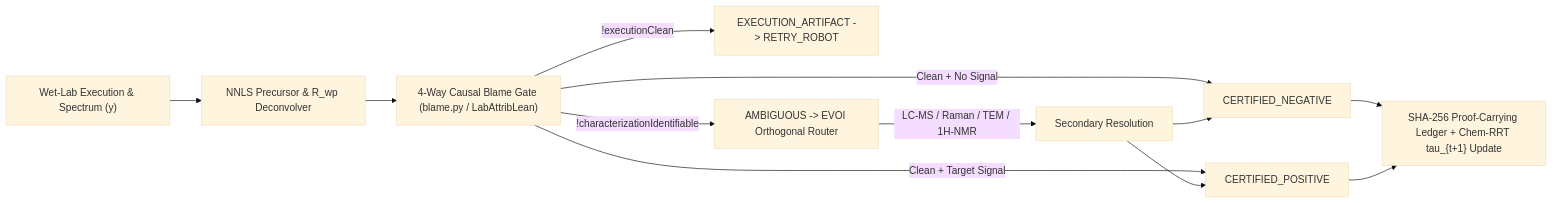
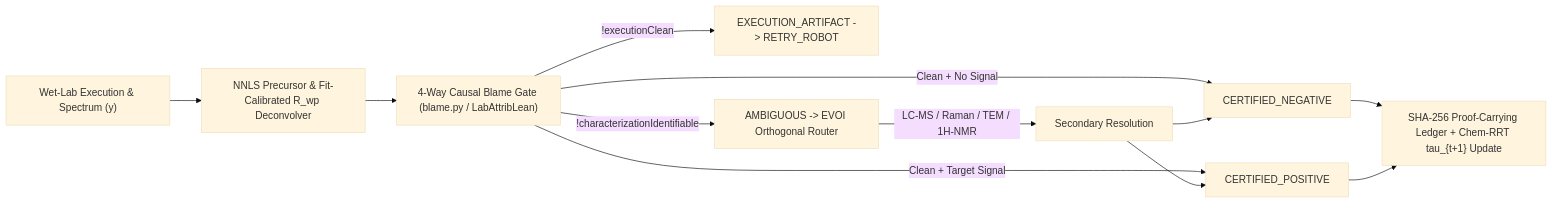
The diagram in README.md (yaniguan/lab-attrib), drawn with Mermaid (base theme) before and after one commit. The commit also changed other lines of this file and 32 other files, not shown here.

````diff
--- a/README.md
+++ b/README.md
@@ -55,14 +56,14 @@
 ```mermaid
 flowchart LR
-    A["Wet-Lab Execution & Spectrum (y)"] --> B["NNLS Precursor & R_wp Deconvolver"]
+    A["Wet-Lab Execution & Spectrum (y)"] --> B["NNLS Precursor & Fit-Calibrated R_wp Deconvolver"]
     B --> C["4-Way Causal Blame Gate (blame.py / LabAttribLean)"]
     C -->|"!executionClean"| D["EXECUTION_ARTIFACT -> RETRY_ROBOT"]
     C -->|"!characterizationIdentifiable"| E["AMBIGUOUS -> EVOI Orthogonal Router"]
     E -->|"LC-MS / Raman / TEM / 1H-NMR"| F["Secondary Resolution"]
     C -->|"Clean + No Signal"| G["CERTIFIED_NEGATIVE"]
     C -->|"Clean + Target Signal"| H["CERTIFIED_POSITIVE"]
     F --> G
     F --> H
     G --> I["SHA-256 Proof-Carrying Ledger + Chem-RRT tau_{t+1} Update"]
     H --> I
 ```
````
